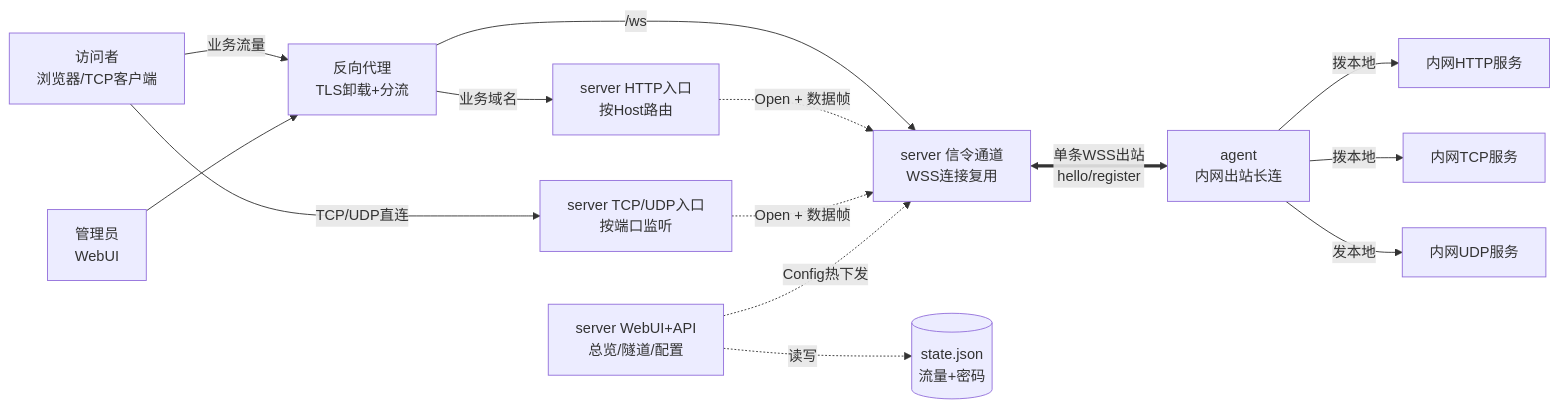
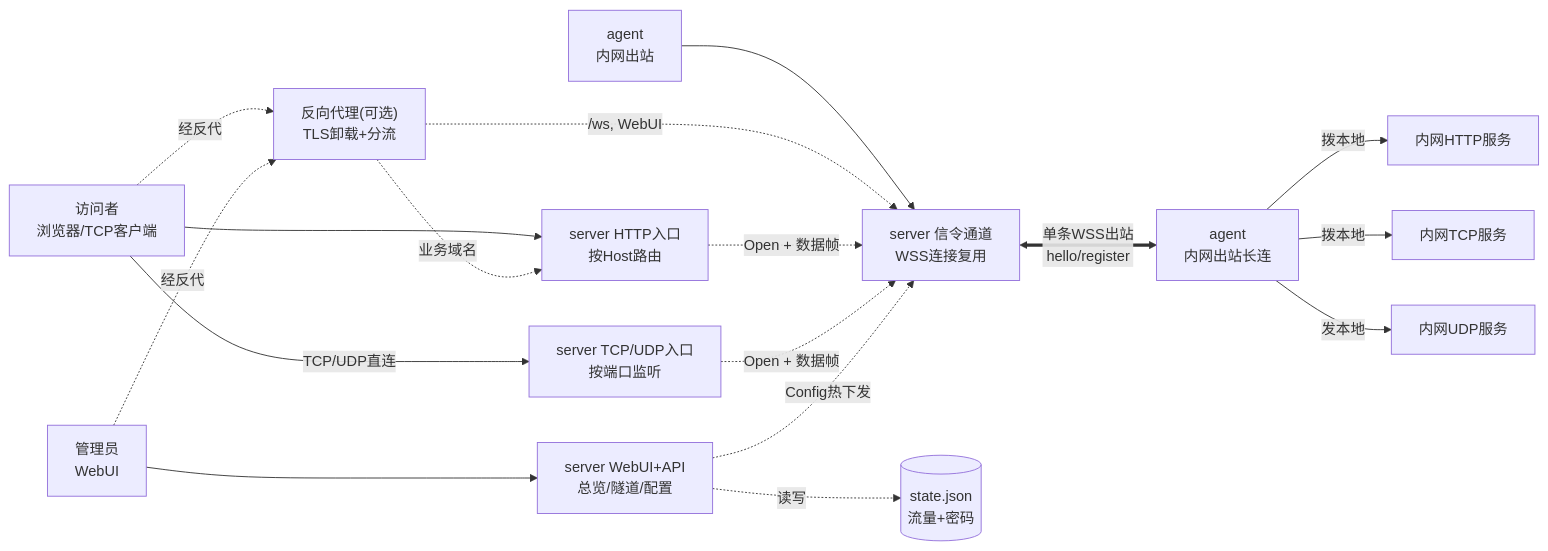
Before and after one commit to kkito/neutrino: the first of 5 diagrams in docs/architecture.md, drawn with Mermaid. The commit also changed other lines of this file, not shown here.

Commit message:
docs: 反向代理改为可选虚线, server直出WebUI/API

````diff
--- a/docs/architecture.md
+++ b/docs/architecture.md
@@ -11,16 +11,19 @@
 ```mermaid
 flowchart LR
-    U[访问者<br/>浏览器/TCP客户端] -->|业务流量| N[反向代理<br/>TLS卸载+分流]
-    A[管理员<br/>WebUI] --> N
-    N -->|/ws| WS["server 信令通道<br/>WSS连接复用"]
-    N -->|业务域名| HTTP["server HTTP入口<br/>按Host路由"]
+    U[访问者<br/>浏览器/TCP客户端] --> HTTP["server HTTP入口<br/>按Host路由"]
     U -->|TCP/UDP直连| TCP["server TCP/UDP入口<br/>按端口监听"]
+    A[管理员<br/>WebUI] --> WEB["server WebUI+API<br/>总览/隧道/配置"]
+    AG2[agent<br/>内网出站] --> WS["server 信令通道<br/>WSS连接复用"]
+    N["反向代理(可选)<br/>TLS卸载+分流"] -.->|/ws, WebUI| WS
+    N -.->|业务域名| HTTP
+    U -.->|经反代| N
+    A -.->|经反代| N
     HTTP -.->|Open + 数据帧| WS
     TCP -.->|Open + 数据帧| WS
     WS <==>|单条WSS出站<br/>hello/register| AG["agent<br/>内网出站长连"]
     AG -->|拨本地| L1[内网HTTP服务]
     AG -->|拨本地| L2[内网TCP服务]
     AG -->|发本地| L3[内网UDP服务]
-    WEB["server WebUI+API<br/>总览/隧道/配置"] -.->|Config热下发| WS
+    WEB -.->|Config热下发| WS
     WEB -.->|读写| ST[(state.json<br/>流量+密码)]
 ```
````
